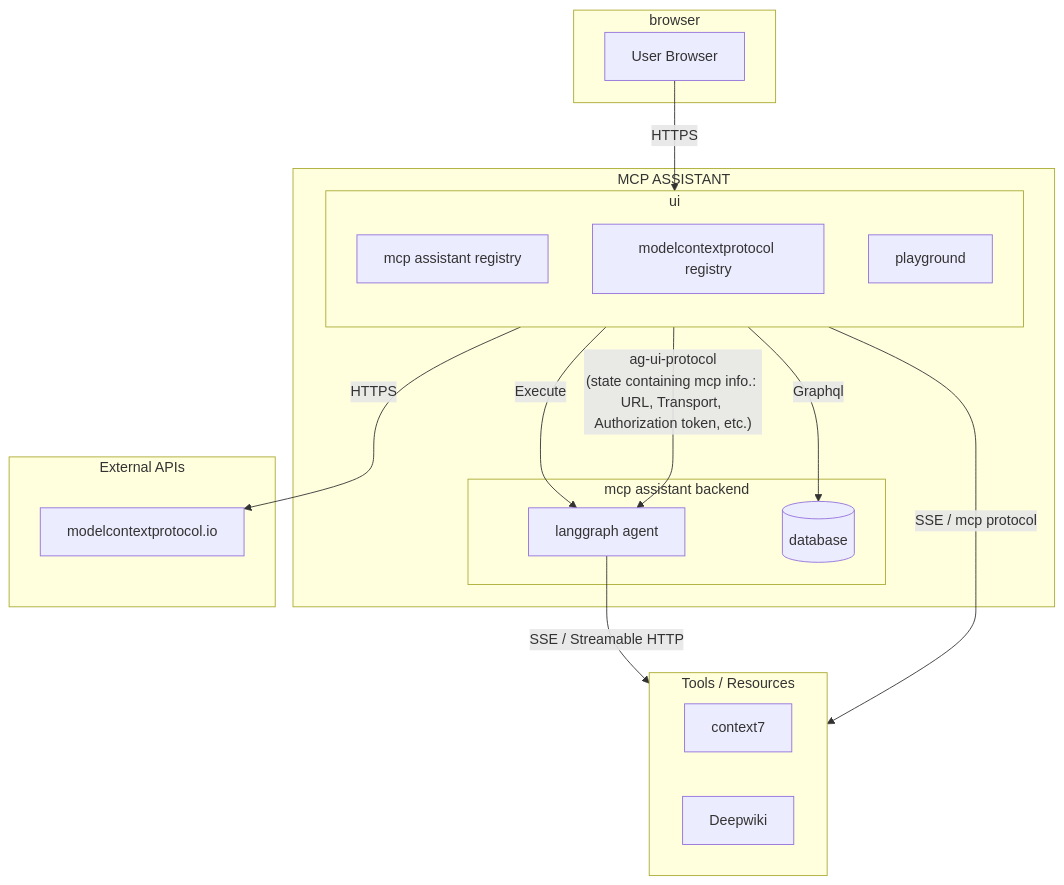
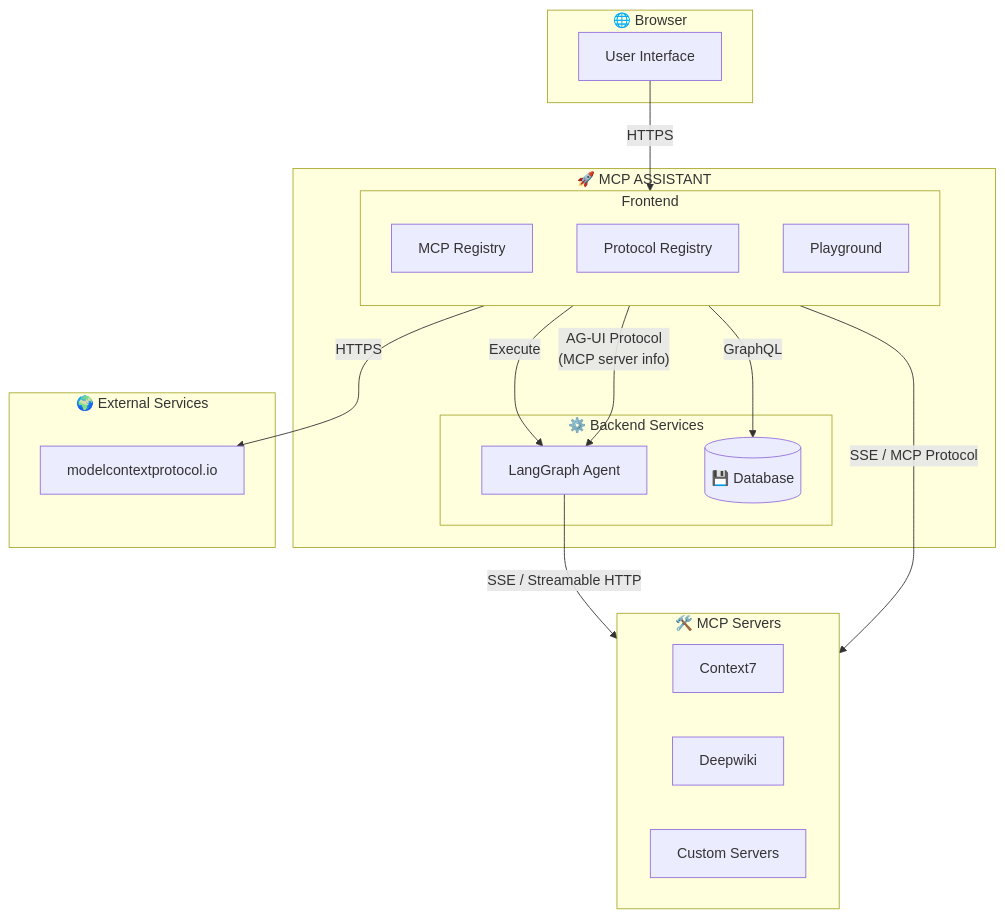
The diagram in README.md (zonlabs/mcp-assistant), drawn with Mermaid before and after one commit. The commit also changed other lines of this file, not shown here.

````diff
--- a/README.md
+++ b/README.md
@@ -47,42 +64,39 @@
 ```mermaid
 flowchart TD
-    subgraph Browser["browser"]
-        B[User Browser]
+    subgraph Browser["🌐 Browser"]
+        B[User Interface]
     end
 
-    subgraph MCPA["MCP ASSISTANT"]
-        subgraph UI["ui"]
+    subgraph MCPA["🚀 MCP ASSISTANT"]
+        subgraph UI["Frontend"]
             direction TB
-            MAR["mcp assistant registry"]
-            MPR["modelcontextprotocol registry"]
-            PG["playground"]
+            MAR["MCP Registry"]
+            MPR["Protocol Registry"]
+            PG["Playground"]
         end
 
-        subgraph Backend["mcp assistant backend"]
-            LA["langgraph agent"]
-            DB[("database")]
+        subgraph Backend["⚙️ Backend Services"]
+            LA["LangGraph Agent"]
+            DB[("💾 Database")]
         end
     end
 
-    subgraph External["External APIs"]
+    subgraph External["🌍 External Services"]
         MCP_IO["modelcontextprotocol.io"]
     end
 
-    subgraph ToolsResources["Tools / Resources"]
-        C7["context7"]
-        DW["Deepwiki"]
+    subgraph Tools["🛠️ MCP Servers"]
+        SERVER1["Context7"]
+        SERVER2["Deepwiki"]
+        SERVER3["Custom Servers"]
     end
 
     B -- "HTTPS" --> UI
-    
-    %% Registry/Playground connections
-    MAR -- "Graphql" --> DB
+    MAR -- "GraphQL" --> DB
     PG -- "Execute" --> LA
     MPR -- "HTTPS" --> MCP_IO
-    
-    PG -- "ag-ui-protocol\n(state containing mcp info.: URL, Transport, Authorization token, etc.)" --> LA
-    
-    %% Re-routed connection: from UI instead of PG
-    UI -- "SSE / mcp protocol" --> ToolsResources
-    LA -- "SSE / Streamable HTTP" --> ToolsResources
+    PG -- "AG-UI Protocol
+    (MCP server info)" --> LA
+    UI -- "SSE / MCP Protocol" --> Tools
+    LA -- "SSE / Streamable HTTP" --> Tools
 ```
````
